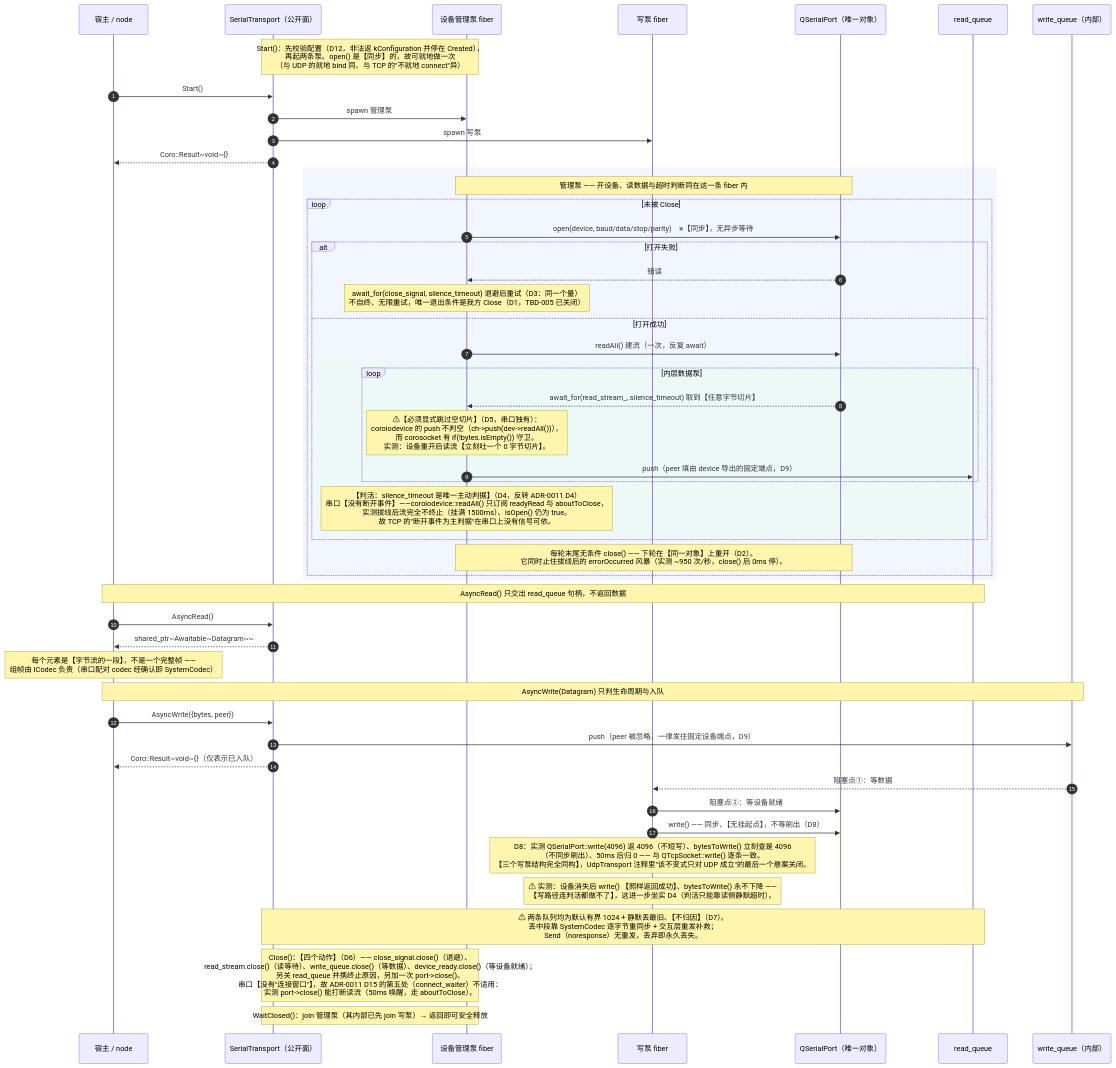
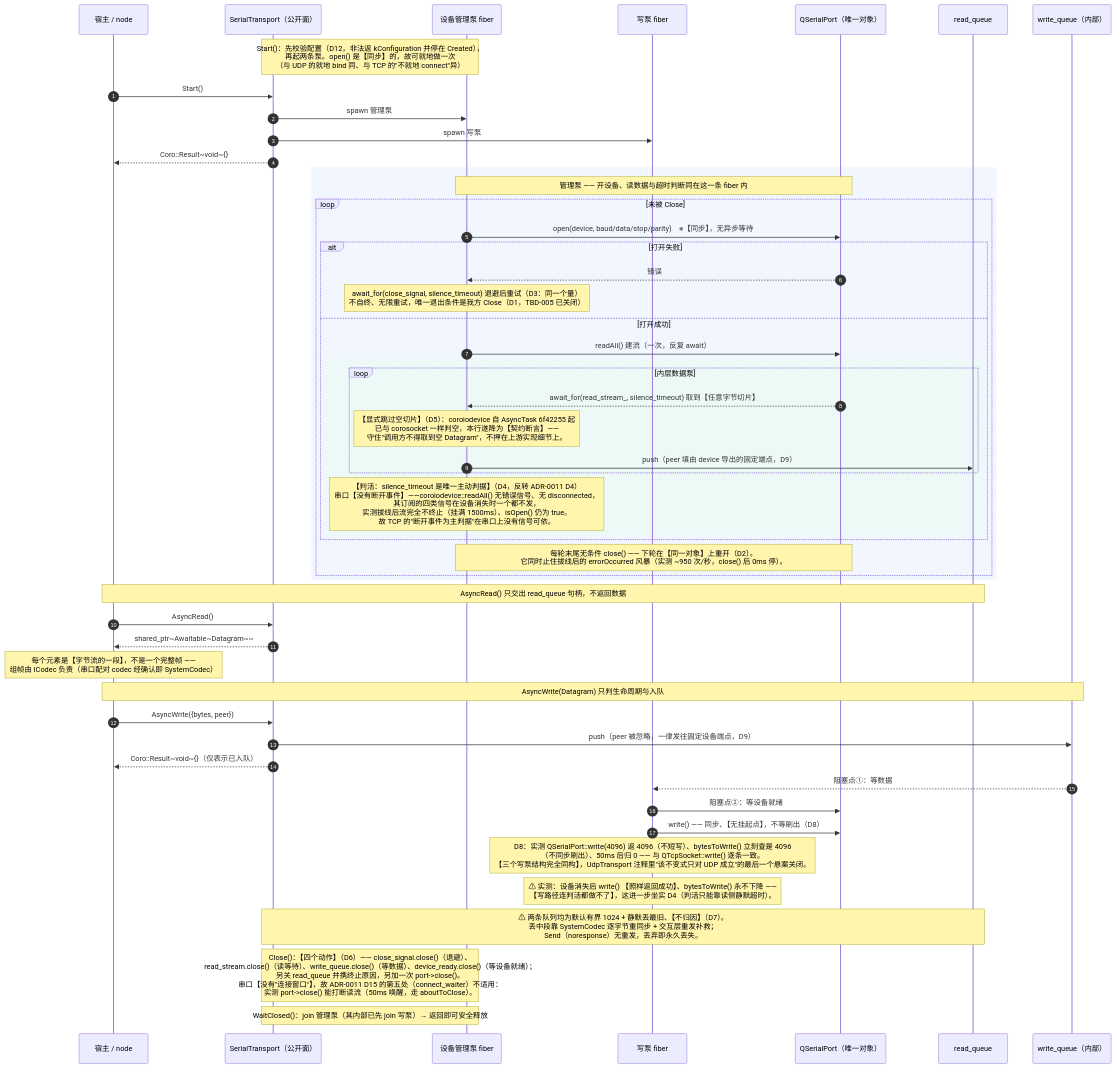
Before and after one commit to Ste7an-cs/Transport: the diagram in docs/diagrams/seq-serial-pump.mmd, drawn with Mermaid. The commit also changed 6 other files, not shown here.

First line of the commit message:
docs: 同步 AsyncTask 6f42255 带来的事实变更(coroiodevice 订阅集与空切片守卫)

```diff
--- a/docs/diagrams/seq-serial-pump.mmd
+++ b/docs/diagrams/seq-serial-pump.mmd
@@ -1,57 +1,57 @@
 sequenceDiagram
     autonumber
     participant X as 宿主 / node
     participant T as SerialTransport（公开面）
     participant P as 设备管理泵 fiber
     participant W as 写泵 fiber
     participant S as QSerialPort（唯一对象）
     participant RQ as read_queue
     participant WQ as write_queue（内部）
 
     Note over T,P: Start()：先校验配置（D12，非法返 kConfiguration 并停在 Created），<br/>再起两条泵。open() 是【同步】的，故可就地做一次<br/>（与 UDP 的就地 bind 同、与 TCP 的"不就地 connect"异）
     X->>T: Start()
     T->>P: spawn 管理泵
     T->>W: spawn 写泵
     T-->>X: Coro::Result~void~{}
 
     rect rgba(200,220,255,0.25)
     Note over P,S: 管理泵 —— 开设备、读数据与超时判断同在这一条 fiber 内
     loop 未被 Close
         P->>S: open(device, baud/data/stop/parity)　※【同步】，无异步等待
         alt 打开失败
             S-->>P: 错误
             Note over P: await_for(close_signal, silence_timeout) 退避后重试（D3：同一个量）<br/>不自终、无限重试，唯一退出条件是我方 Close（D1，TBD-005 已关闭）
         else 打开成功
             P->>S: readAll() 建流（一次，反复 await）
             rect rgba(220,255,220,0.25)
             loop 内层数据泵
                 S-->>P: await_for(read_stream_, silence_timeout) 取到【任意字节切片】
-                Note over P: ⚠【必须显式跳过空切片】（D5，串口独有）：<br/>coroiodevice 的 push 不判空（ch->push(dev->readAll())），<br/>而 corosocket 有 if(!bytes.isEmpty()) 守卫。<br/>实测：设备重开后读流【立刻吐一个 0 字节切片】。
+                Note over P: 【显式跳过空切片】（D5）：coroiodevice 自 AsyncTask 6f42255 起<br/>已与 corosocket 一样判空，本行遂降为【契约断言】——<br/>守住"调用方不得取到空 Datagram"，不押在上游实现细节上。
                 P->>RQ: push（peer 填由 device 导出的固定端点，D9）
             end
-            Note over P: 【判活：silence_timeout 是唯一主动判据】（D4，反转 ADR-0011 D4）<br/>串口【没有断开事件】——coroiodevice::readAll() 只订阅 readyRead 与 aboutToClose，<br/>实测拔线后流完全不终止（挂满 1500ms）、isOpen() 仍为 true。<br/>故 TCP 的"断开事件为主判据"在串口上没有信号可依。
+            Note over P: 【判活：silence_timeout 是唯一主动判据】（D4，反转 ADR-0011 D4）<br/>串口【没有断开事件】——coroiodevice::readAll() 无错误信号、无 disconnected，<br/>其订阅的四类信号在设备消失时一个都不发，<br/>实测拔线后流完全不终止（挂满 1500ms）、isOpen() 仍为 true。<br/>故 TCP 的"断开事件为主判据"在串口上没有信号可依。
             end
         end
         Note over P,S: 每轮末尾无条件 close() —— 下轮在【同一对象】上重开（D2）。<br/>它同时止住拔线后的 errorOccurred 风暴（实测 ~950 次/秒，close() 后 0ms 停）。
     end
     end
 
     Note over X,RQ: AsyncRead() 只交出 read_queue 句柄，不返回数据
     X->>T: AsyncRead()
     T-->>X: shared_ptr~Awaitable~Datagram~~
     Note over X: 每个元素是【字节流的一段】，不是一个完整帧 ——<br/>组帧由 ICodec 负责（串口配对 codec 经确认即 SystemCodec）
 
     Note over X,WQ: AsyncWrite(Datagram) 只判生命周期与入队
     X->>T: AsyncWrite({bytes, peer})
     T->>WQ: push（peer 被忽略，一律发往固定设备端点，D9）
     T-->>X: Coro::Result~void~{}（仅表示已入队）
     WQ-->>W: 阻塞点①：等数据
     W->>S: 阻塞点②：等设备就绪
     W->>S: write() —— 同步、【无挂起点】，不等刷出（D8）
     Note over W: D8：实测 QSerialPort::write(4096) 返 4096（不短写）、bytesToWrite() 立刻查是 4096<br/>（不同步刷出）、50ms 后归 0 —— 与 QTcpSocket::write() 逐条一致。<br/>【三个写泵结构完全同构】，UdpTransport 注释里"该不变式只对 UDP 成立"的最后一个悬案关闭。
     Note over W: ⚠ 实测：设备消失后 write() 【照样返回成功】、bytesToWrite() 永不下降 ——<br/>【写路径连判活都做不了】，这进一步坐实 D4（判活只能靠读侧静默超时）。
 
     Note over T,RQ: ⚠ 两条队列均为默认有界 1024 + 静默丢最旧、【不归因】（D7）。<br/>丢中段靠 SystemCodec 逐字节重同步 + 交互层重发补救；<br/>Send（noresponse）无重发，丢弃即永久丢失。
 
     Note over T,P: Close()：【四个动作】（D6）—— close_signal.close()（退避）、<br/>read_stream.close()（读等待）、write_queue.close()（等数据）、device_ready.close()（等设备就绪）；<br/>另关 read_queue 并携终止原因，另加一次 port->close()。<br/>串口【没有"连接窗口"】，故 ADR-0011 D15 的第五处（connect_waiter）不适用：<br/>实测 port->close() 能打断读流（50ms 唤醒，走 aboutToClose）。
     Note over T,P: WaitClosed()：join 管理泵（其内部已先 join 写泵）→ 返回即可安全释放
```
